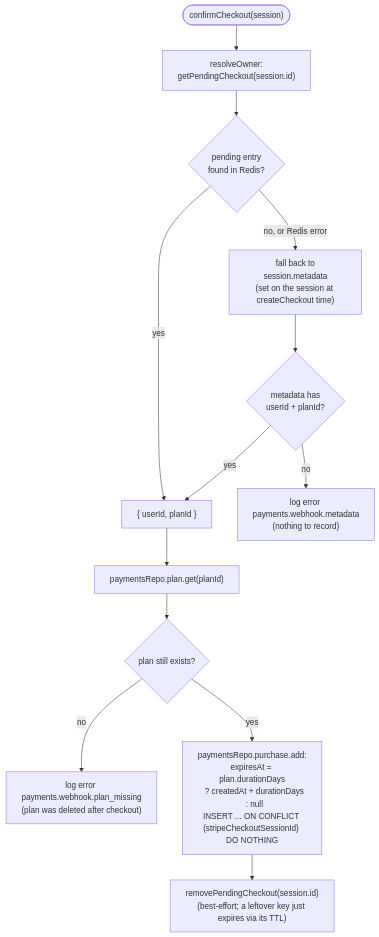
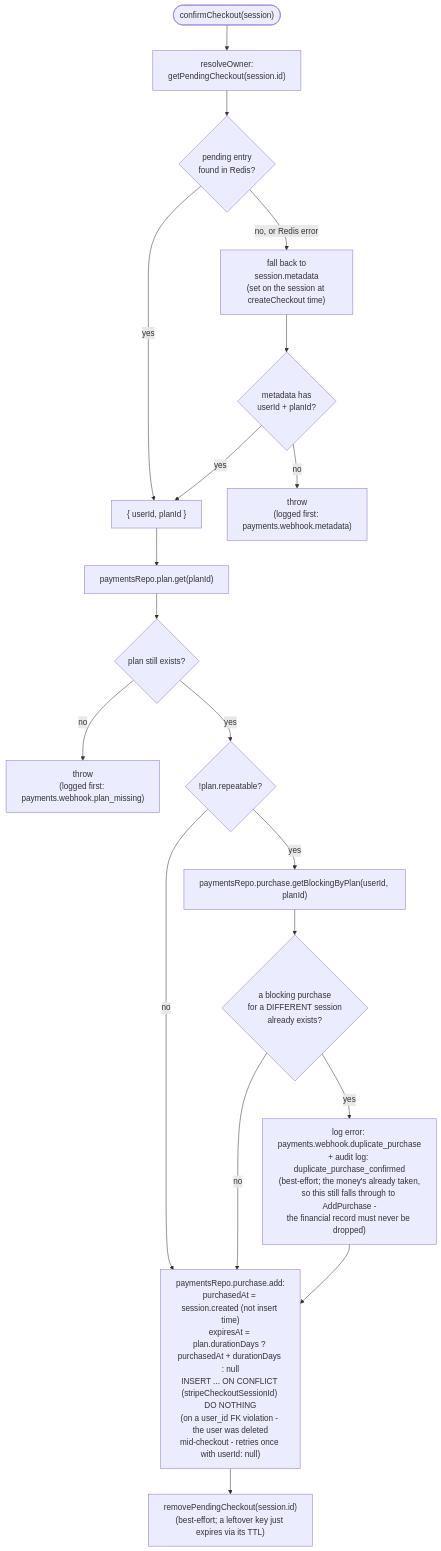
Before and after one commit to FranciscoAVD/backend: the fifth of 7 diagrams in src/features/payments/CONTROL_FLOW.md, drawn with Mermaid. The commit also changed other lines of this file and 30 other files, not shown here.

````diff
--- a/src/features/payments/CONTROL_FLOW.md
+++ b/src/features/payments/CONTROL_FLOW.md
@@ -118,18 +153,25 @@
 ```mermaid
 flowchart TD
     Start(["confirmCheckout(session)"]) --> ResolveOwner["resolveOwner:\ngetPendingCheckout(session.id)"]
     ResolveOwner --> HasPending{"pending entry\nfound in Redis?"}
     HasPending -- yes --> Owner["{ userId, planId }"]
     HasPending -- no, or Redis error --> Metadata["fall back to\nsession.metadata\n(set on the session at createCheckout time)"]
     Metadata --> HasMetadata{"metadata has\nuserId + planId?"}
-    HasMetadata -- no --> LogDrop["log error payments.webhook.metadata\n(nothing to record)"]
+    HasMetadata -- no --> Throw1["throw\n(logged first: payments.webhook.metadata)"]
     HasMetadata -- yes --> Owner
 
     Owner --> FetchPlan["paymentsRepo.plan.get(planId)"]
     FetchPlan --> PlanFound{"plan still exists?"}
-    PlanFound -- no --> LogPlanMissing["log error payments.webhook.plan_missing\n(plan was deleted after checkout)"]
-    PlanFound -- yes --> AddPurchase
+    PlanFound -- no --> Throw2["throw\n(logged first: payments.webhook.plan_missing)"]
+    PlanFound -- yes --> RepeatCheck{"!plan.repeatable?"}
 
-    AddPurchase["paymentsRepo.purchase.add:\nexpiresAt = plan.durationDays\n  ? createdAt + durationDays\n  : null\nINSERT ... ON CONFLICT (stripeCheckoutSessionId) DO NOTHING"]
+    RepeatCheck -- no --> AddPurchase
+    RepeatCheck -- yes --> Blocking["paymentsRepo.purchase.getBlockingByPlan(userId, planId)"]
+    Blocking --> AlreadyOwns{"a blocking purchase\nfor a DIFFERENT session\nalready exists?"}
+    AlreadyOwns -- no --> AddPurchase
+    AlreadyOwns -- yes --> LogDup["log error: payments.webhook.duplicate_purchase\n+ audit log: duplicate_purchase_confirmed\n(best-effort; the money's already taken,\nso this still falls through to AddPurchase -\nthe financial record must never be dropped)"]
+    LogDup --> AddPurchase
+
+    AddPurchase["paymentsRepo.purchase.add:\npurchasedAt = session.created (not insert time)\nexpiresAt = plan.durationDays ? purchasedAt + durationDays : null\nINSERT ... ON CONFLICT (stripeCheckoutSessionId) DO NOTHING\n(on a user_id FK violation - the user was deleted\nmid-checkout - retries once with userId: null)"]
     AddPurchase --> RemovePending["removePendingCheckout(session.id)\n(best-effort; a leftover key just expires via its TTL)"]
 ```
````
